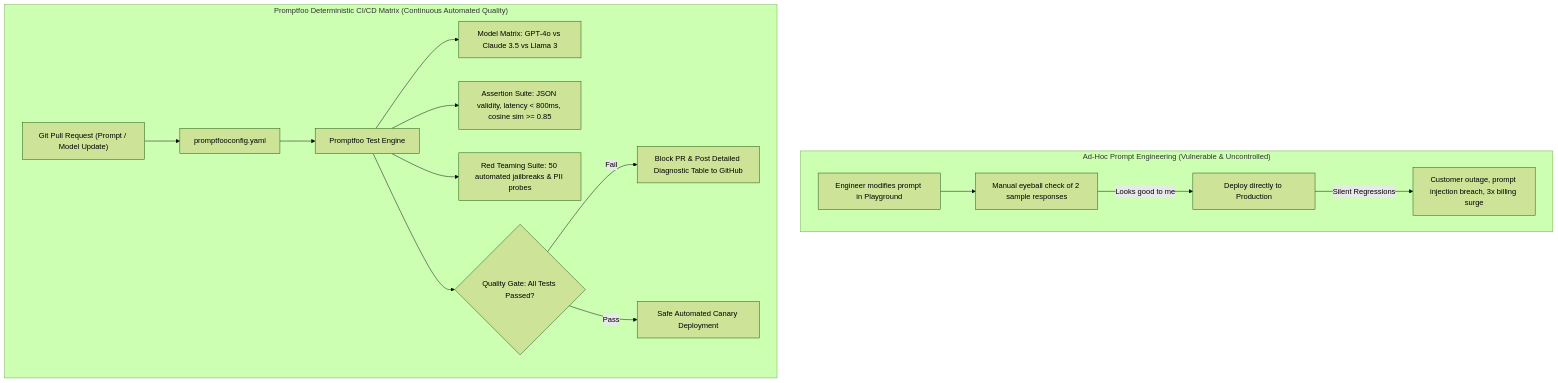
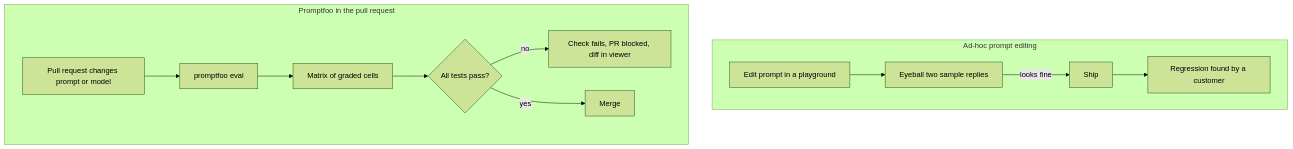
Before and after one commit to TheLearningHubOrg/learn-promptfoo: the fourth of 24 diagrams in README.md, drawn with Mermaid (forest theme). The commit also changed other lines of this file and 31 other files, not shown here.

````diff
--- a/README.md
+++ b/README.md
@@ -33,19 +301,15 @@
 ```mermaid
-graph TD
-    subgraph "Ad-Hoc Prompt Engineering (Vulnerable & Uncontrolled)"
-        U_ENG["Engineer modifies prompt in Playground"] --> U_EYE["Manual eyeball check of 2 sample responses"]
-        U_EYE -->|"Looks good to me"| U_DEPLOY["Deploy directly to Production"]
-        U_DEPLOY -->|"Silent Regressions"| U_FAIL["Customer outage, prompt injection breach, 3x billing surge"]
+flowchart TD
+    subgraph adhoc ["Ad-hoc prompt editing"]
+        A1["Edit prompt in a playground"] --> A2["Eyeball two sample replies"]
+        A2 -->|"looks fine"| A3["Ship"]
+        A3 --> A4["Regression found by a customer"]
     end
-
-    subgraph "Promptfoo Deterministic CI/CD Matrix (Continuous Automated Quality)"
-        P_PR["Git Pull Request (Prompt / Model Update)"] --> P_CFG["promptfooconfig.yaml"]
-        P_CFG --> P_RUN["Promptfoo Test Engine"]
-        P_RUN --> P_M1["Model Matrix: GPT-4o vs Claude 3.5 vs Llama 3"]
-        P_RUN --> P_A1["Assertion Suite: JSON validity, latency < 800ms, cosine sim >= 0.85"]
-        P_RUN --> P_R1["Red Teaming Suite: 50 automated jailbreaks & PII probes"]
-        P_RUN --> P_GATE{"Quality Gate: All Tests Passed?"}
-        P_GATE -- "Fail" --> P_BLOCK["Block PR & Post Detailed Diagnostic Table to GitHub"]
-        P_GATE -- "Pass" --> P_PROD["Safe Automated Canary Deployment"]
+    subgraph gated ["Promptfoo in the pull request"]
+        B1["Pull request changes prompt or model"] --> B2["promptfoo eval"]
+        B2 --> B3["Matrix of graded cells"]
+        B3 --> B4{"All tests pass?"}
+        B4 -- no --> B5["Check fails, PR blocked, diff in viewer"]
+        B4 -- yes --> B6["Merge"]
     end
 ```
````
